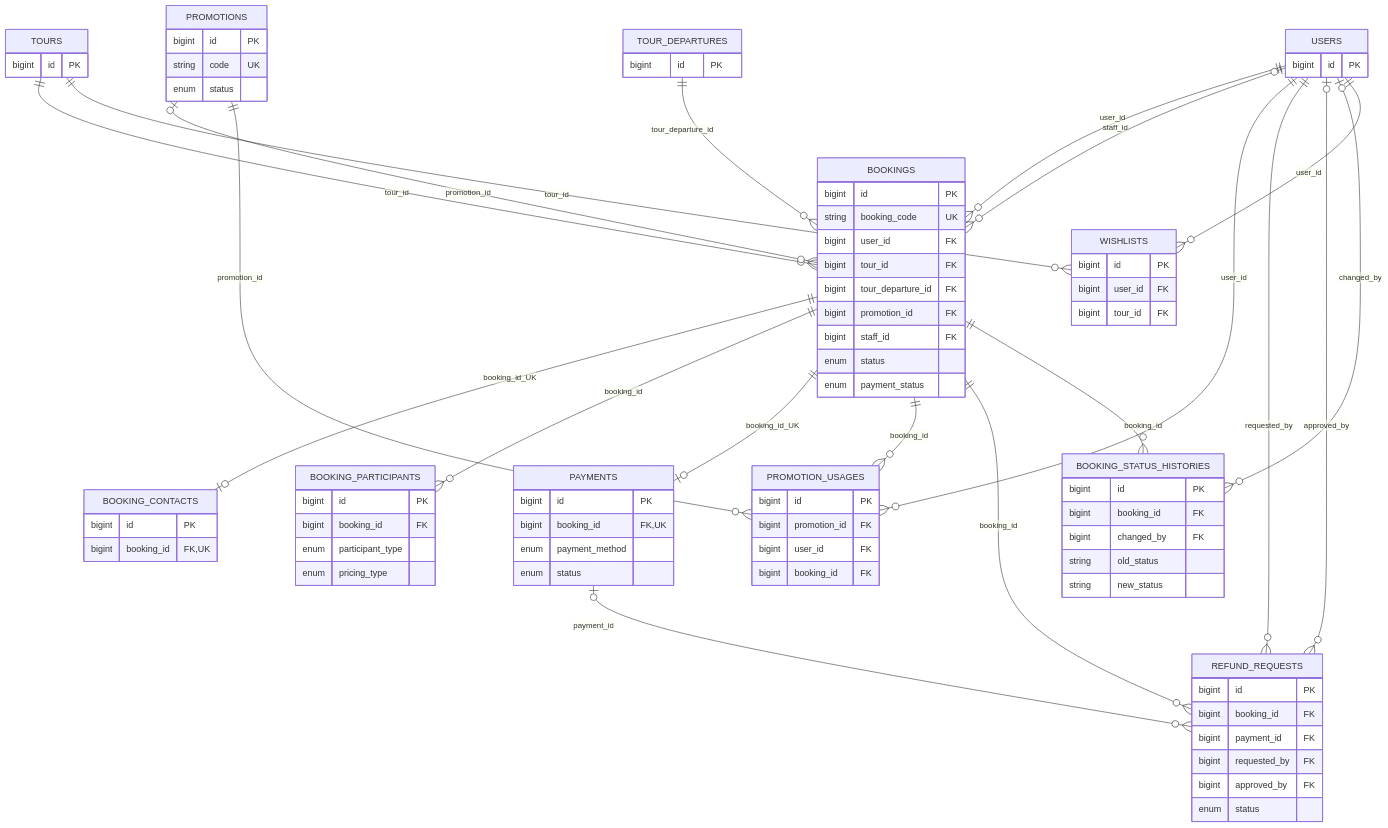
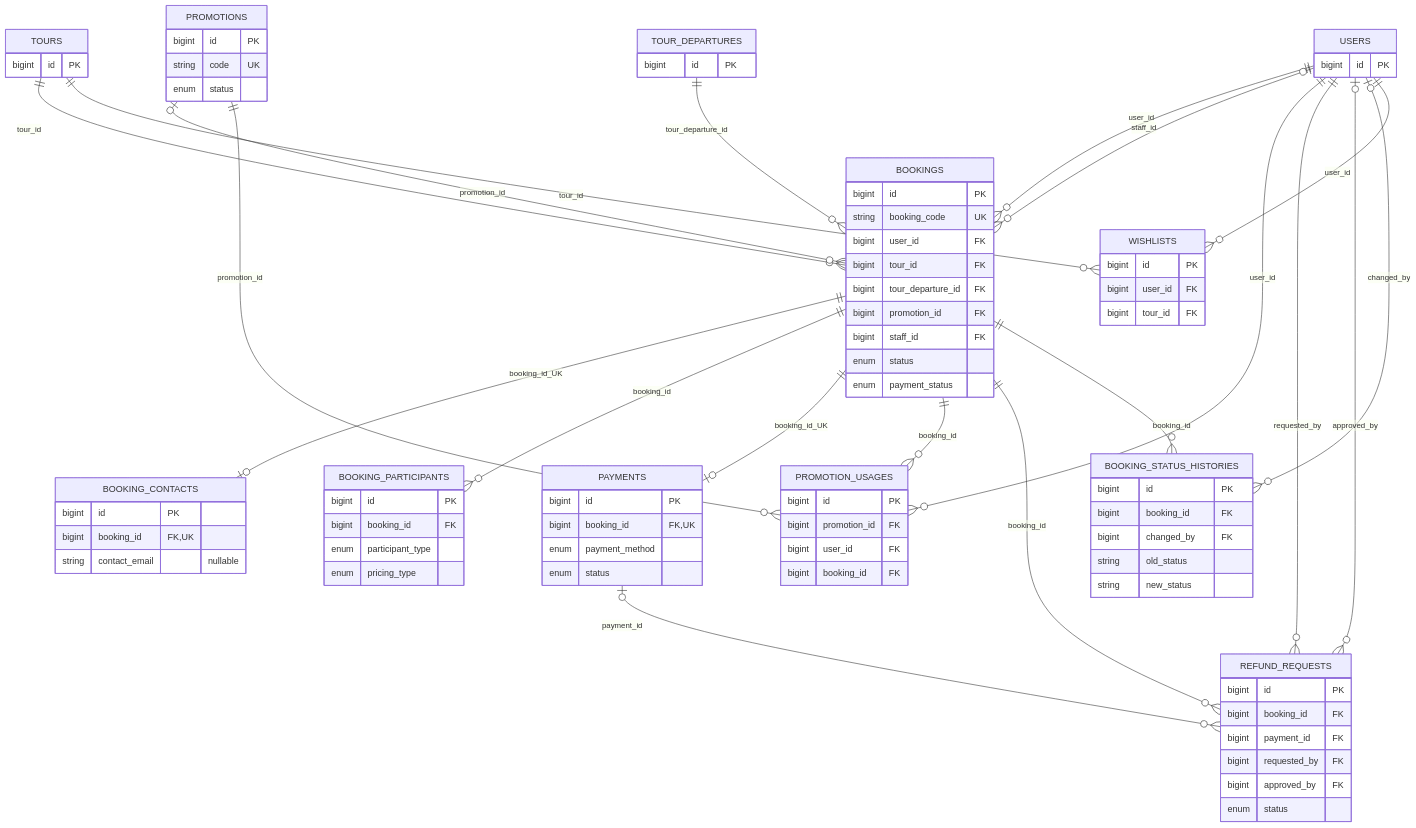
One commit to phamhoaithu2006/DATN_WD-01 changed the third of 7 diagrams in docs/reverse-engineering/07-database-erd.md. Above: the diagram before and after it, drawn with Mermaid. The commit also changed other lines of this file and 53 other files, not shown here.

````diff
--- a/docs/reverse-engineering/07-database-erd.md
+++ b/docs/reverse-engineering/07-database-erd.md
@@ -223,35 +223,35 @@
 ```mermaid
 erDiagram
     USERS ||--o{ BOOKINGS : user_id
     USERS o|--o{ BOOKINGS : staff_id
     TOURS ||--o{ BOOKINGS : tour_id
     TOUR_DEPARTURES ||--o{ BOOKINGS : tour_departure_id
     PROMOTIONS o|--o{ BOOKINGS : promotion_id
     BOOKINGS ||--o| BOOKING_CONTACTS : booking_id_UK
     BOOKINGS ||--o{ BOOKING_PARTICIPANTS : booking_id
     BOOKINGS ||--o| PAYMENTS : booking_id_UK
     PROMOTIONS ||--o{ PROMOTION_USAGES : promotion_id
     USERS ||--o{ PROMOTION_USAGES : user_id
     BOOKINGS ||--o{ PROMOTION_USAGES : booking_id
     BOOKINGS ||--o{ REFUND_REQUESTS : booking_id
     PAYMENTS o|--o{ REFUND_REQUESTS : payment_id
     USERS ||--o{ REFUND_REQUESTS : requested_by
     USERS o|--o{ REFUND_REQUESTS : approved_by
     BOOKINGS ||--o{ BOOKING_STATUS_HISTORIES : booking_id
     USERS o|--o{ BOOKING_STATUS_HISTORIES : changed_by
     USERS ||--o{ WISHLISTS : user_id
     TOURS ||--o{ WISHLISTS : tour_id
 
     USERS { bigint id PK }
     TOURS { bigint id PK }
     TOUR_DEPARTURES { bigint id PK }
     PROMOTIONS { bigint id PK string code UK enum status }
     BOOKINGS { bigint id PK string booking_code UK bigint user_id FK bigint tour_id FK bigint tour_departure_id FK bigint promotion_id FK bigint staff_id FK enum status enum payment_status }
-    BOOKING_CONTACTS { bigint id PK bigint booking_id FK, UK }
+    BOOKING_CONTACTS { bigint id PK bigint booking_id FK, UK string contact_email "nullable" }
     BOOKING_PARTICIPANTS { bigint id PK bigint booking_id FK enum participant_type enum pricing_type }
     PAYMENTS { bigint id PK bigint booking_id FK, UK enum payment_method enum status }
     PROMOTION_USAGES { bigint id PK bigint promotion_id FK bigint user_id FK bigint booking_id FK }
     REFUND_REQUESTS { bigint id PK bigint booking_id FK bigint payment_id FK bigint requested_by FK bigint approved_by FK enum status }
     BOOKING_STATUS_HISTORIES { bigint id PK bigint booking_id FK bigint changed_by FK string old_status string new_status }
     WISHLISTS { bigint id PK bigint user_id FK bigint tour_id FK }
 ```
````
